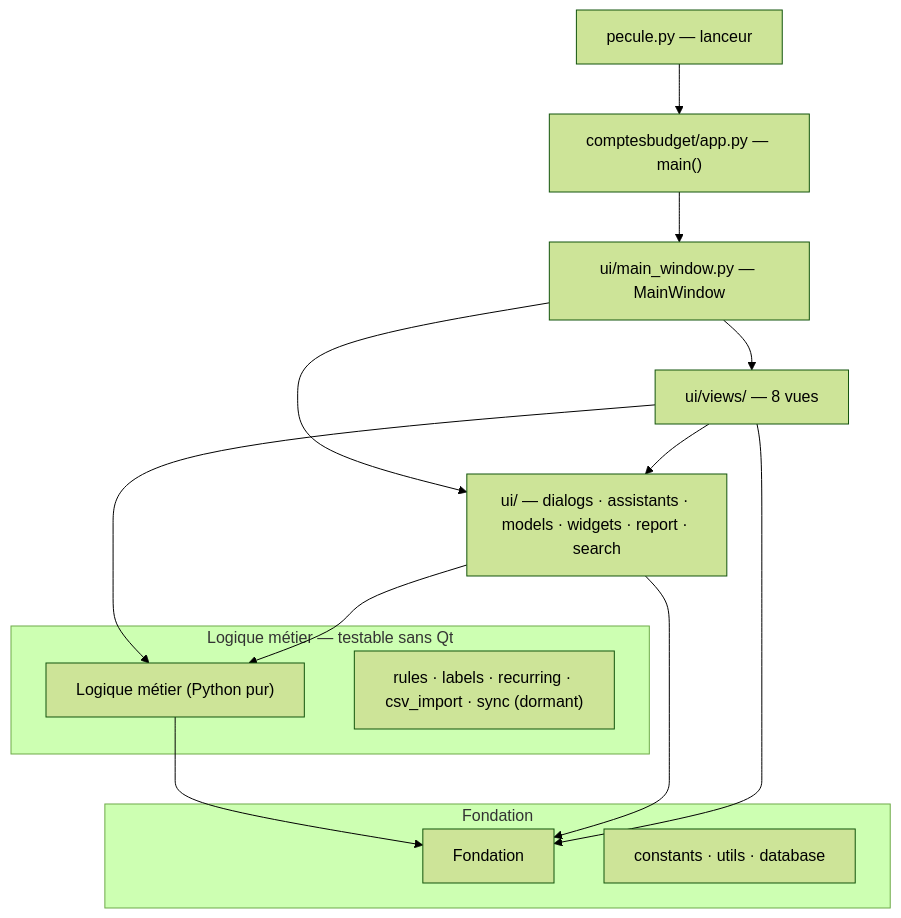
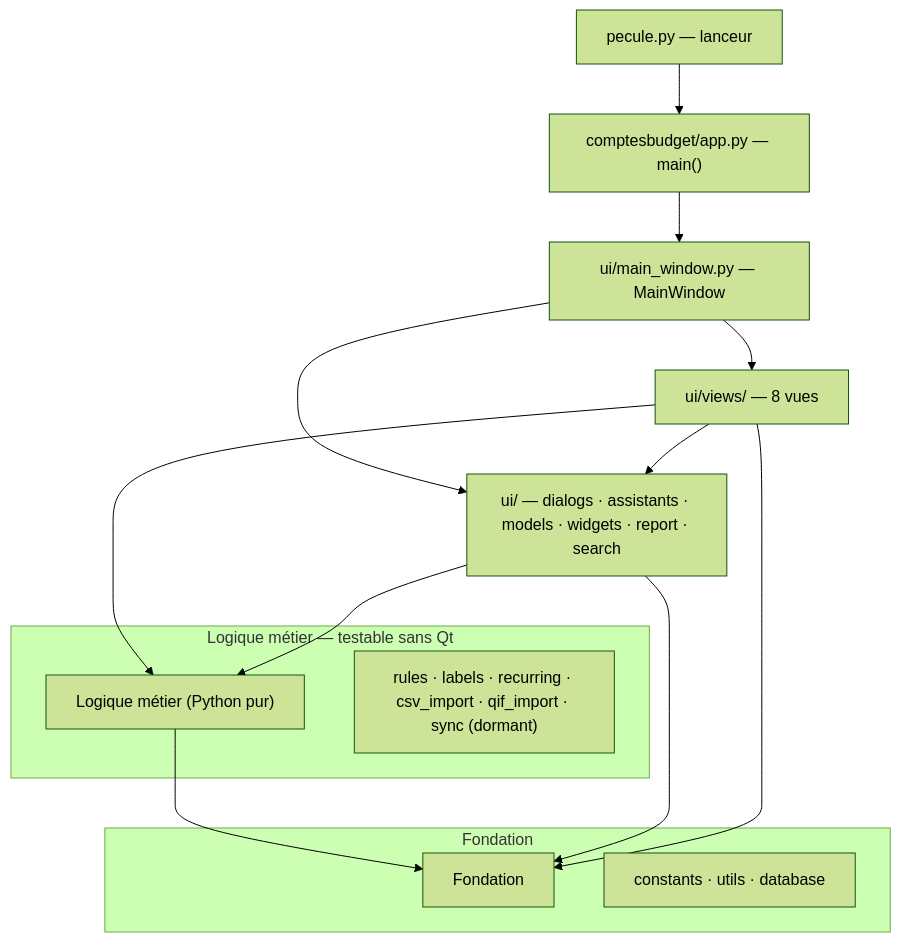
Before and after one commit to andre12230-png/Pecule: the diagram in README.md, drawn with Mermaid (forest theme). The commit also changed other lines of this file, not shown here.

First line of the commit message:
README : l'import QIF manquait, et la base a demenage depuis la 1.22.0

````diff
--- a/README.md
+++ b/README.md
@@ -190,22 +190,22 @@
 ```mermaid
 flowchart TD
     L["pecule.py — lanceur"] --> APP["comptesbudget/app.py — main()"]
     APP --> MW["ui/main_window.py — MainWindow"]
     MW --> V["ui/views/ — 8 vues"]
     MW --> C["ui/ — dialogs · assistants · models · widgets · report · search"]
     V --> C
     V --> LOG["Logique métier (Python pur)"]
     C --> LOG
     LOG --> F["Fondation"]
     C --> F
     V --> F
 
     subgraph LOG_G ["Logique métier — testable sans Qt"]
         LOG
-        R["rules · labels · recurring · csv_import · sync (dormant)"]
+        R["rules · labels · recurring · csv_import · qif_import · sync (dormant)"]
     end
     subgraph F_G ["Fondation"]
         F
         FF["constants · utils · database"]
     end
 ```
````
